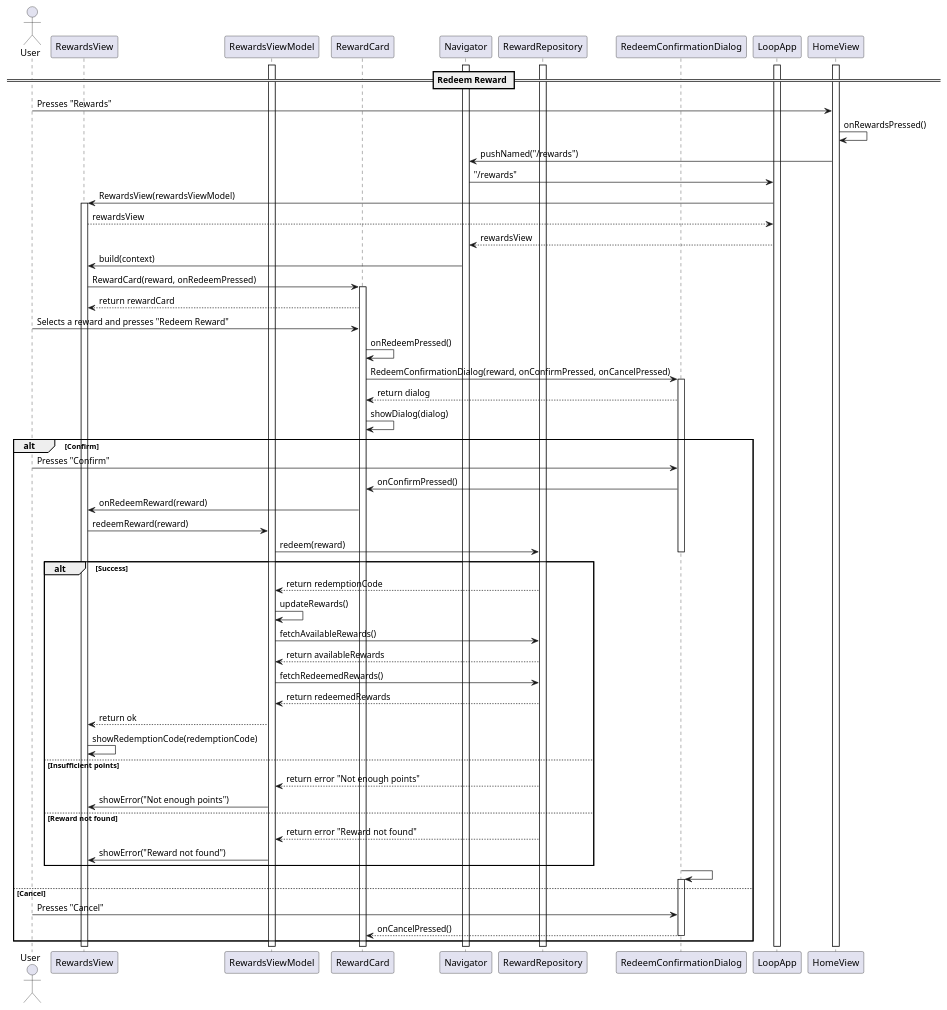
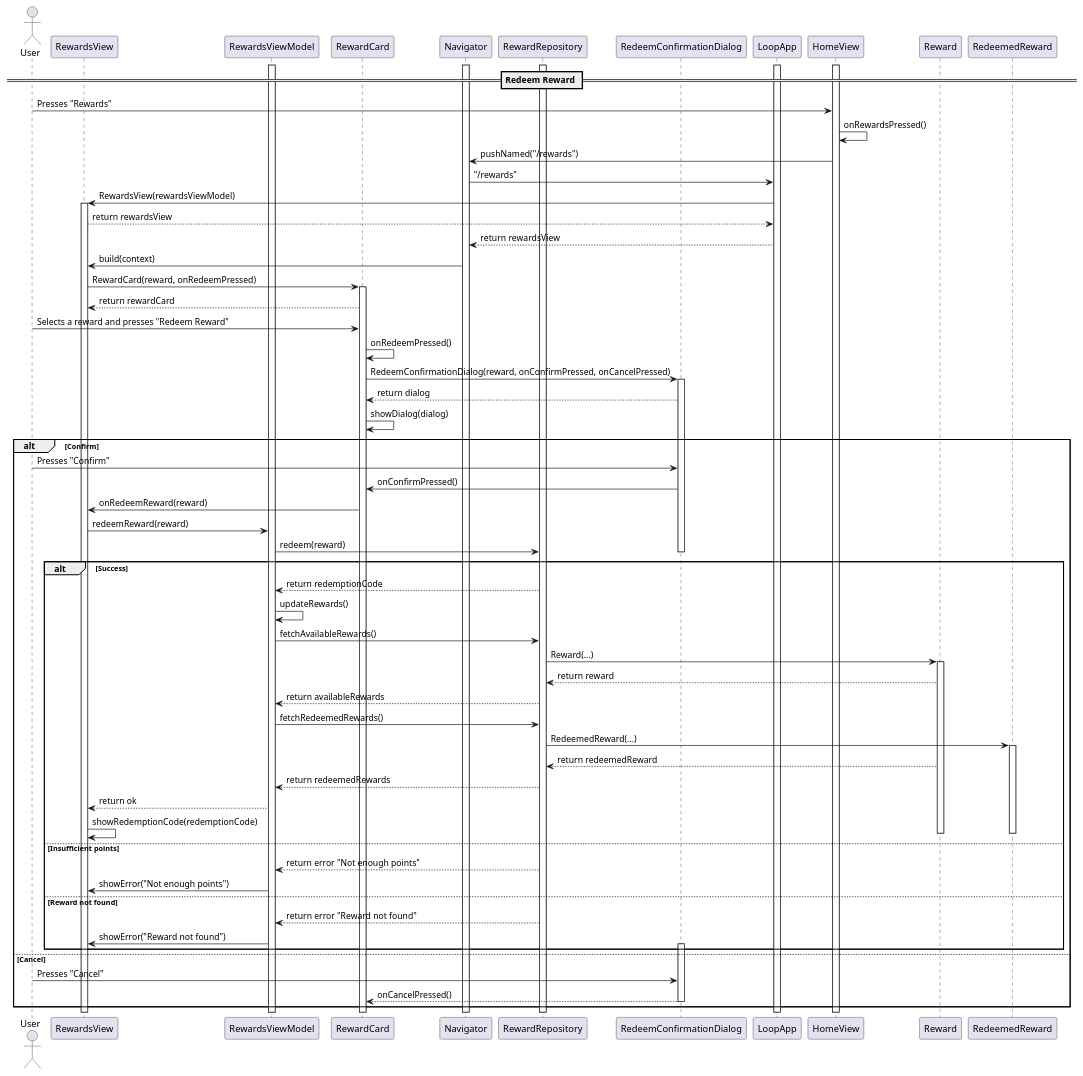
The diagram in reports/sequence/redeem-reward.plantuml (YannisRavasopoulos/ProjectSD_S6), drawn with PlantUML before and after one commit. The commit also changed 2 other files, not shown here.

```diff
--- a/reports/sequence/redeem-reward.plantuml
+++ b/reports/sequence/redeem-reward.plantuml
@@ -1,70 +1,80 @@
 @startuml
 
 actor User
 
 participant RewardsView
 participant RewardsViewModel
 participant RewardCard
 participant Navigator
 participant RewardRepository
 participant RedeemConfirmationDialog
 participant LoopApp
 participant HomeView
+participant Reward
+participant RedeemedReward
 
 activate Navigator
 activate RewardsViewModel
 activate RewardRepository
 activate HomeView
 activate LoopApp
 
 == Redeem Reward ==
 User -> HomeView: Presses "Rewards"
 HomeView -> HomeView: onRewardsPressed()
 HomeView -> Navigator: pushNamed("/rewards")
 Navigator -> LoopApp: "/rewards"
 LoopApp -> RewardsView: RewardsView(rewardsViewModel)
 activate RewardsView
-RewardsView --> LoopApp: rewardsView
-LoopApp --> Navigator: rewardsView
+RewardsView --> LoopApp: return rewardsView
+LoopApp --> Navigator: return rewardsView
 Navigator -> RewardsView: build(context)
+' TODO: fetch rewards
 RewardsView -> RewardCard: RewardCard(reward, onRedeemPressed)
 activate RewardCard
 RewardCard --> RewardsView: return rewardCard
 User -> RewardCard: Selects a reward and presses "Redeem Reward"
 RewardCard -> RewardCard: onRedeemPressed()
 RewardCard -> RedeemConfirmationDialog: RedeemConfirmationDialog(reward, onConfirmPressed, onCancelPressed)
 activate RedeemConfirmationDialog
 RedeemConfirmationDialog --> RewardCard: return dialog
 RewardCard -> RewardCard: showDialog(dialog)
 alt Confirm
 User -> RedeemConfirmationDialog: Presses "Confirm"
 RedeemConfirmationDialog -> RewardCard: onConfirmPressed()
 RewardCard -> RewardsView: onRedeemReward(reward)
 RewardsView -> RewardsViewModel: redeemReward(reward)
 RewardsViewModel -> RewardRepository: redeem(reward)
+alt Success
 deactivate RedeemConfirmationDialog
-alt Success
     RewardRepository --> RewardsViewModel: return redemptionCode
     RewardsViewModel -> RewardsViewModel: updateRewards()
     RewardsViewModel -> RewardRepository: fetchAvailableRewards()
+    RewardRepository -> Reward: Reward(...)
+    activate Reward
+    Reward --> RewardRepository: return reward
     RewardRepository --> RewardsViewModel: return availableRewards
     RewardsViewModel -> RewardRepository: fetchRedeemedRewards()
+    RewardRepository -> RedeemedReward: RedeemedReward(...)
+    activate RedeemedReward
+    Reward --> RewardRepository: return redeemedReward
     RewardRepository --> RewardsViewModel: return redeemedRewards
     RewardsViewModel --> RewardsView: return ok
     RewardsView -> RewardsView: showRedemptionCode(redemptionCode)
+    deactivate RedeemedReward
+    deactivate Reward
 else Insufficient points
     RewardRepository --> RewardsViewModel: return error "Not enough points"
     RewardsViewModel -> RewardsView: showError("Not enough points")
 else Reward not found
     RewardRepository --> RewardsViewModel: return error "Reward not found"
     RewardsViewModel -> RewardsView: showError("Reward not found")
+activate RedeemConfirmationDialog
 end
-RedeemConfirmationDialog -> RedeemConfirmationDialog
-activate RedeemConfirmationDialog
 else Cancel
 User -> RedeemConfirmationDialog: Presses "Cancel"
 RedeemConfirmationDialog --> RewardCard: onCancelPressed()
 deactivate RedeemConfirmationDialog
 end
 
 @enduml
```
